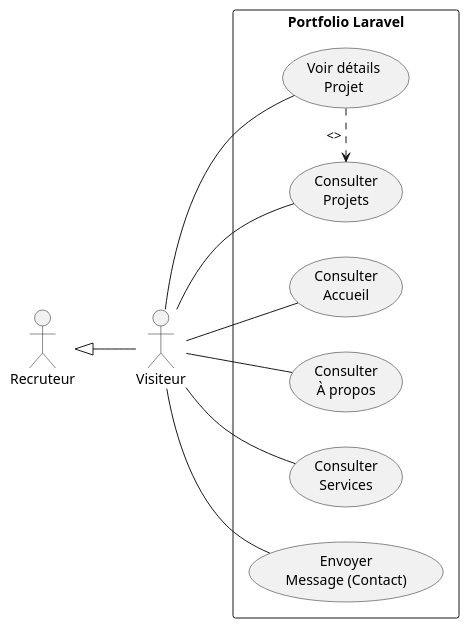
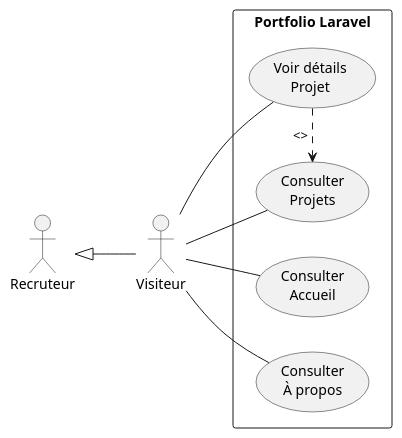
Before and after one commit to AZIZ-Soufiane/Portfolio-Laravel: the diagram in Analysis/Diagram.plantuml, drawn with PlantUML. The commit also changed 10 other files, not shown here.

```diff
--- a/Analysis/Diagram.plantuml
+++ b/Analysis/Diagram.plantuml
@@ -1,27 +1,23 @@
 @startuml
 left to right direction
 skinparam packageStyle rectangle
 
 actor "Visiteur" as Visitor
 actor "Recruteur" as Recruiter
 Recruiter <|-- Visitor
 
 rectangle "Portfolio Laravel" {
   usecase "Consulter\nAccueil" as UC_Home
   usecase "Consulter\nÀ propos" as UC_About
   usecase "Consulter\nProjets" as UC_Projects
   usecase "Voir détails\nProjet" as UC_ProjectDetails
-  usecase "Consulter\nServices" as UC_Services
-  usecase "Envoyer\nMessage (Contact)" as UC_Contact
 }
 
 Visitor -- UC_Home
 Visitor -- UC_About
 Visitor -- UC_Projects
 Visitor -- UC_ProjectDetails
-Visitor -- UC_Services
-Visitor -- UC_Contact
 
 ' Optionnel : relations de dépendance/extension
 UC_ProjectDetails .> UC_Projects : <>
 @enduml 
```
